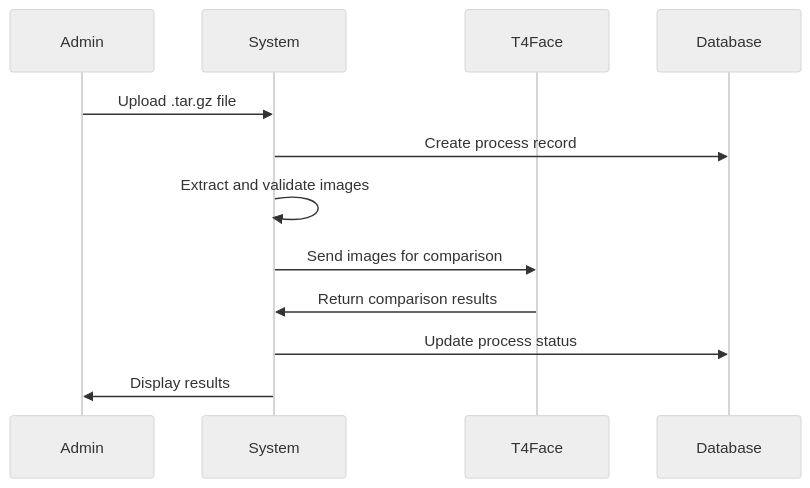
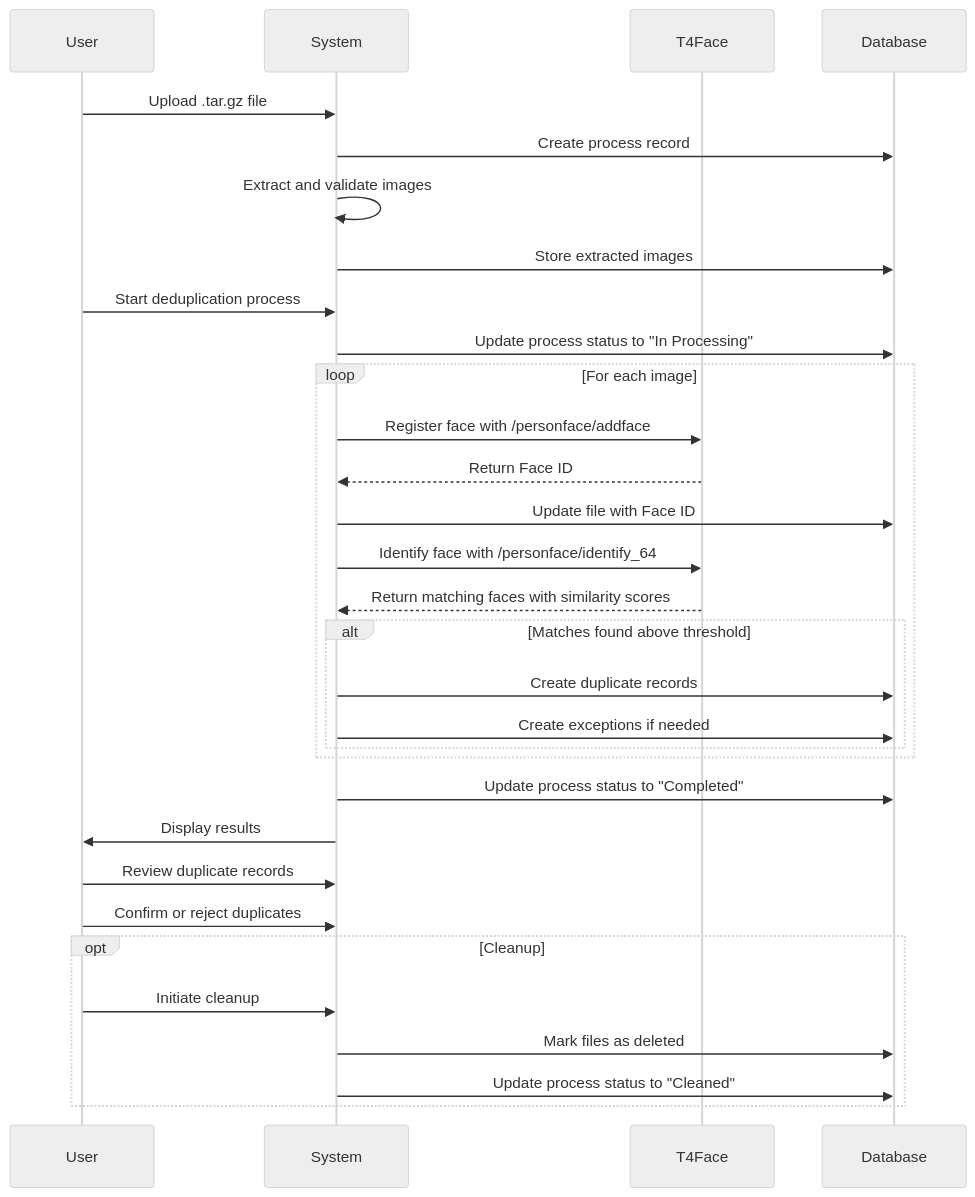
One commit to fares1919-ltrch/Backend-stage changed the second of 2 diagrams in README.md. Above: the diagram before and after it, drawn with Mermaid (neutral theme). The commit also changed other lines of this file and 55 other files, not shown here.

````diff
--- a/README.md
+++ b/README.md
@@ -144,15 +189,40 @@
 ```mermaid
 sequenceDiagram
-    participant Admin
+    participant User
     participant System
     participant T4Face
     participant Database
 
-    Admin->>System: Upload .tar.gz file
+    User->>System: Upload .tar.gz file
     System->>Database: Create process record
     System->>System: Extract and validate images
-    System->>T4Face: Send images for comparison
-    T4Face->>System: Return comparison results
-    System->>Database: Update process status
-    System->>Admin: Display results
+    System->>Database: Store extracted images
+    User->>System: Start deduplication process
+    System->>Database: Update process status to "In Processing"
+
+    loop For each image
+        System->>T4Face: Register face with /personface/addface
+        T4Face-->>System: Return Face ID
+        System->>Database: Update file with Face ID
+
+        System->>T4Face: Identify face with /personface/identify_64
+        T4Face-->>System: Return matching faces with similarity scores
+
+        alt Matches found above threshold
+            System->>Database: Create duplicate records
+            System->>Database: Create exceptions if needed
+        end
+    end
+
+    System->>Database: Update process status to "Completed"
+    System->>User: Display results
+
+    User->>System: Review duplicate records
+    User->>System: Confirm or reject duplicates
+
+    opt Cleanup
+        User->>System: Initiate cleanup
+        System->>Database: Mark files as deleted
+        System->>Database: Update process status to "Cleaned"
+    end
 ```
````
